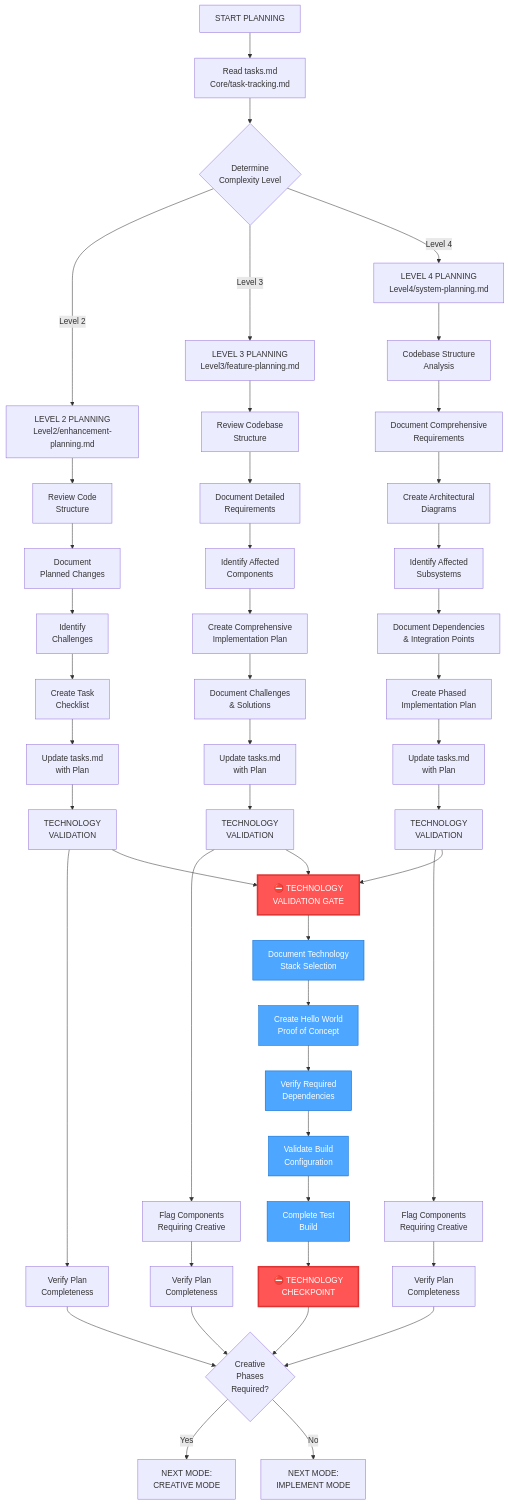
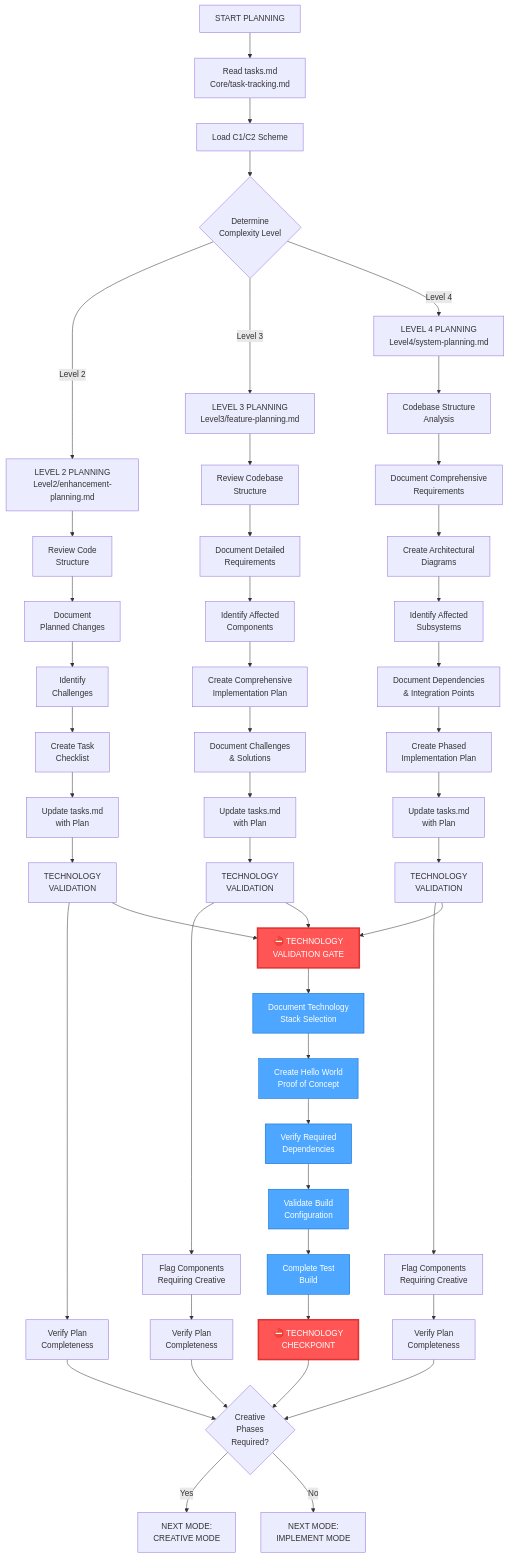
The first of 5 diagrams in .github/instructions/rules/isolation_rules/visual-maps/plan-mode-map.md (DennisGrammes/arc42-memory-bank), drawn with Mermaid before and after one commit. The commit also changed other lines of this file and 10 other files, not shown here.

````diff
--- a/.github/instructions/rules/isolation_rules/visual-maps/plan-mode-map.md
+++ b/.github/instructions/rules/isolation_rules/visual-maps/plan-mode-map.md
@@ -13,67 +13,68 @@
 ```mermaid
 graph TD
     Start["START PLANNING"] --> ReadTasks["Read tasks.md<br>Core/task-tracking.md"]
-    
+    ReadTasks --> LoadScheme["Load C1/C2 Scheme"]
+
     %% Complexity Level Determination
-    ReadTasks --> CheckLevel{"Determine<br>Complexity Level"}
+    LoadScheme --> CheckLevel{"Determine<br>Complexity Level"}
     CheckLevel -->|"Level 2"| Level2["LEVEL 2 PLANNING<br>Level2/enhancement-planning.md"]
     CheckLevel -->|"Level 3"| Level3["LEVEL 3 PLANNING<br>Level3/feature-planning.md"]
     CheckLevel -->|"Level 4"| Level4["LEVEL 4 PLANNING<br>Level4/system-planning.md"]
     
     %% Level 2 Planning
     Level2 --> L2Review["Review Code<br>Structure"]
     L2Review --> L2Document["Document<br>Planned Changes"]
     L2Document --> L2Challenges["Identify<br>Challenges"]
     L2Challenges --> L2Checklist["Create Task<br>Checklist"]
     L2Checklist --> L2Update["Update tasks.md<br>with Plan"]
     L2Update --> L2Tech["TECHNOLOGY<br>VALIDATION"]
     L2Tech --> L2Verify["Verify Plan<br>Completeness"]
     
     %% Level 3 Planning
     Level3 --> L3Review["Review Codebase<br>Structure"]
     L3Review --> L3Requirements["Document Detailed<br>Requirements"]
     L3Requirements --> L3Components["Identify Affected<br>Components"]
     L3Components --> L3Plan["Create Comprehensive<br>Implementation Plan"]
     L3Plan --> L3Challenges["Document Challenges<br>& Solutions"]
     L3Challenges --> L3Update["Update tasks.md<br>with Plan"]
     L3Update --> L3Tech["TECHNOLOGY<br>VALIDATION"]
     L3Tech --> L3Flag["Flag Components<br>Requiring Creative"]
     L3Flag --> L3Verify["Verify Plan<br>Completeness"]
     
     %% Level 4 Planning
     Level4 --> L4Analysis["Codebase Structure<br>Analysis"]
     L4Analysis --> L4Requirements["Document Comprehensive<br>Requirements"]
     L4Requirements --> L4Diagrams["Create Architectural<br>Diagrams"]
     L4Diagrams --> L4Subsystems["Identify Affected<br>Subsystems"]
     L4Subsystems --> L4Dependencies["Document Dependencies<br>& Integration Points"]
     L4Dependencies --> L4Plan["Create Phased<br>Implementation Plan"]
     L4Plan --> L4Update["Update tasks.md<br>with Plan"]
     L4Update --> L4Tech["TECHNOLOGY<br>VALIDATION"]
     L4Tech --> L4Flag["Flag Components<br>Requiring Creative"]
     L4Flag --> L4Verify["Verify Plan<br>Completeness"]
     
     %% Technology Validation Gate - NEW
     L2Tech & L3Tech & L4Tech --> TechGate["⛔ TECHNOLOGY<br>VALIDATION GATE"]
     TechGate --> TechSelection["Document Technology<br>Stack Selection"]
     TechSelection --> TechHelloWorld["Create Hello World<br>Proof of Concept"]
     TechHelloWorld --> TechDependencies["Verify Required<br>Dependencies"]
     TechDependencies --> TechConfig["Validate Build<br>Configuration"]
     TechConfig --> TechBuild["Complete Test<br>Build"]
     TechBuild --> TechVerify["⛔ TECHNOLOGY<br>CHECKPOINT"]
     
     %% Verification & Completion
     L2Verify & L3Verify & L4Verify & TechVerify --> CheckCreative{"Creative<br>Phases<br>Required?"}
     
     %% Mode Transition
     CheckCreative -->|"Yes"| RecCreative["NEXT MODE:<br>CREATIVE MODE"]
     CheckCreative -->|"No"| RecImplement["NEXT MODE:<br>IMPLEMENT MODE"]
     
     %% Style for Technology Gate
     style TechGate fill:#ff5555,stroke:#dd3333,color:white,stroke-width:3px
     style TechVerify fill:#ff5555,stroke:#dd3333,color:white,stroke-width:3px
     style TechSelection fill:#4da6ff,stroke:#0066cc,color:white
     style TechHelloWorld fill:#4da6ff,stroke:#0066cc,color:white
     style TechDependencies fill:#4da6ff,stroke:#0066cc,color:white
     style TechConfig fill:#4da6ff,stroke:#0066cc,color:white
     style TechBuild fill:#4da6ff,stroke:#0066cc,color:white
 ```
````
